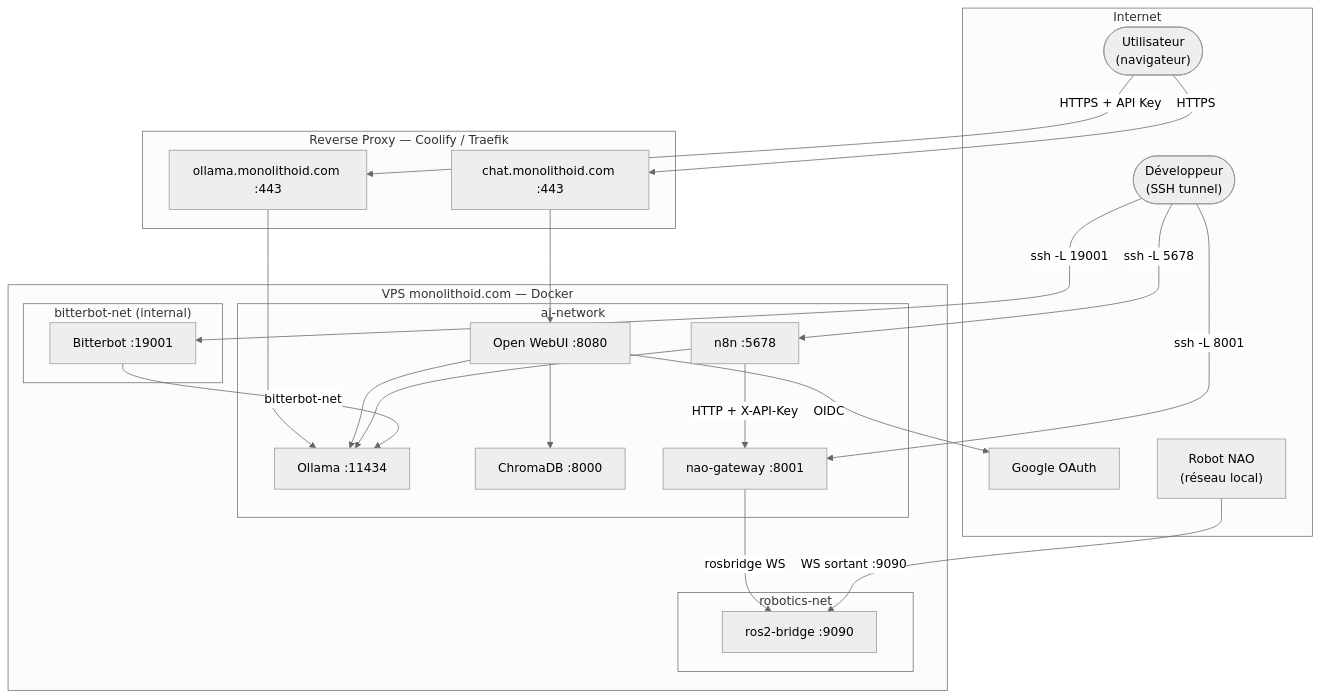
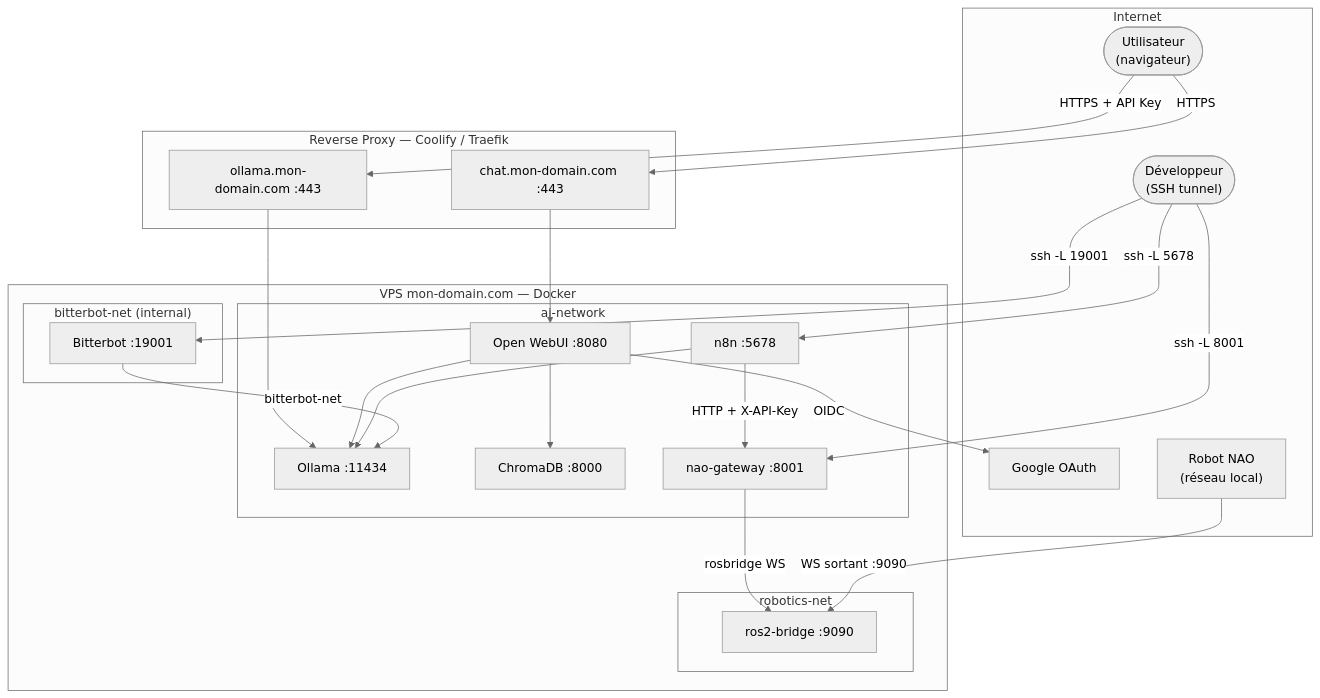
The diagram in README.md (Monolithoid/ia-agent), drawn with Mermaid (neutral theme) before and after one commit. The commit also changed other lines of this file and 3 other files, not shown here.

````diff
--- a/README.md
+++ b/README.md
@@ -18,47 +18,47 @@
 ```mermaid
 flowchart TB
     subgraph Internet
         User(["Utilisateur\n(navigateur)"])
         Dev(["Développeur\n(SSH tunnel)"])
         Google["Google OAuth"]
         NAO["Robot NAO\n(réseau local)"]
     end
 
     subgraph Coolify["Reverse Proxy — Coolify / Traefik"]
-        RP_Chat["chat.monolithoid.com :443"]
-        RP_Ollama["ollama.monolithoid.com :443"]
+        RP_Chat["chat.mon-domain.com :443"]
+        RP_Ollama["ollama.mon-domain.com :443"]
     end
 
-    subgraph Docker["VPS monolithoid.com — Docker"]
+    subgraph Docker["VPS mon-domain.com — Docker"]
         subgraph aiNet["ai-network"]
             WebUI["Open WebUI :8080"]
             Ollama["Ollama :11434"]
             N8N["n8n :5678"]
             Chroma["ChromaDB :8000"]
             Gateway["nao-gateway :8001"]
         end
 
         subgraph bbNet["bitterbot-net (internal)"]
             Bitterbot["Bitterbot :19001"]
         end
 
         subgraph robotNet["robotics-net"]
             ROS["ros2-bridge :9090"]
         end
     end
 
     User -->|HTTPS| RP_Chat --> WebUI
     User -->|HTTPS + API Key| RP_Ollama --> Ollama
     Dev -->|"ssh -L 5678"| N8N
     Dev -->|"ssh -L 19001"| Bitterbot
     Dev -->|"ssh -L 8001"| Gateway
 
     WebUI -->|OIDC| Google
     WebUI --> Ollama & Chroma
     N8N --> Ollama
     N8N -->|"HTTP + X-API-Key"| Gateway
     Bitterbot -->|bitterbot-net| Ollama
 
     Gateway -->|rosbridge WS| ROS
     NAO -->|"WS sortant :9090"| ROS
 ```
````
